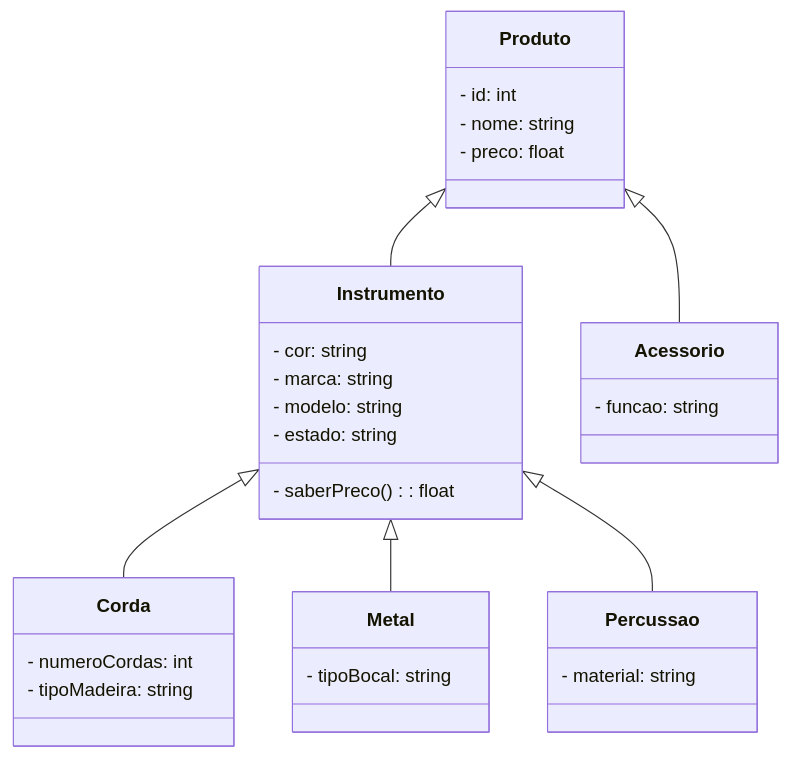
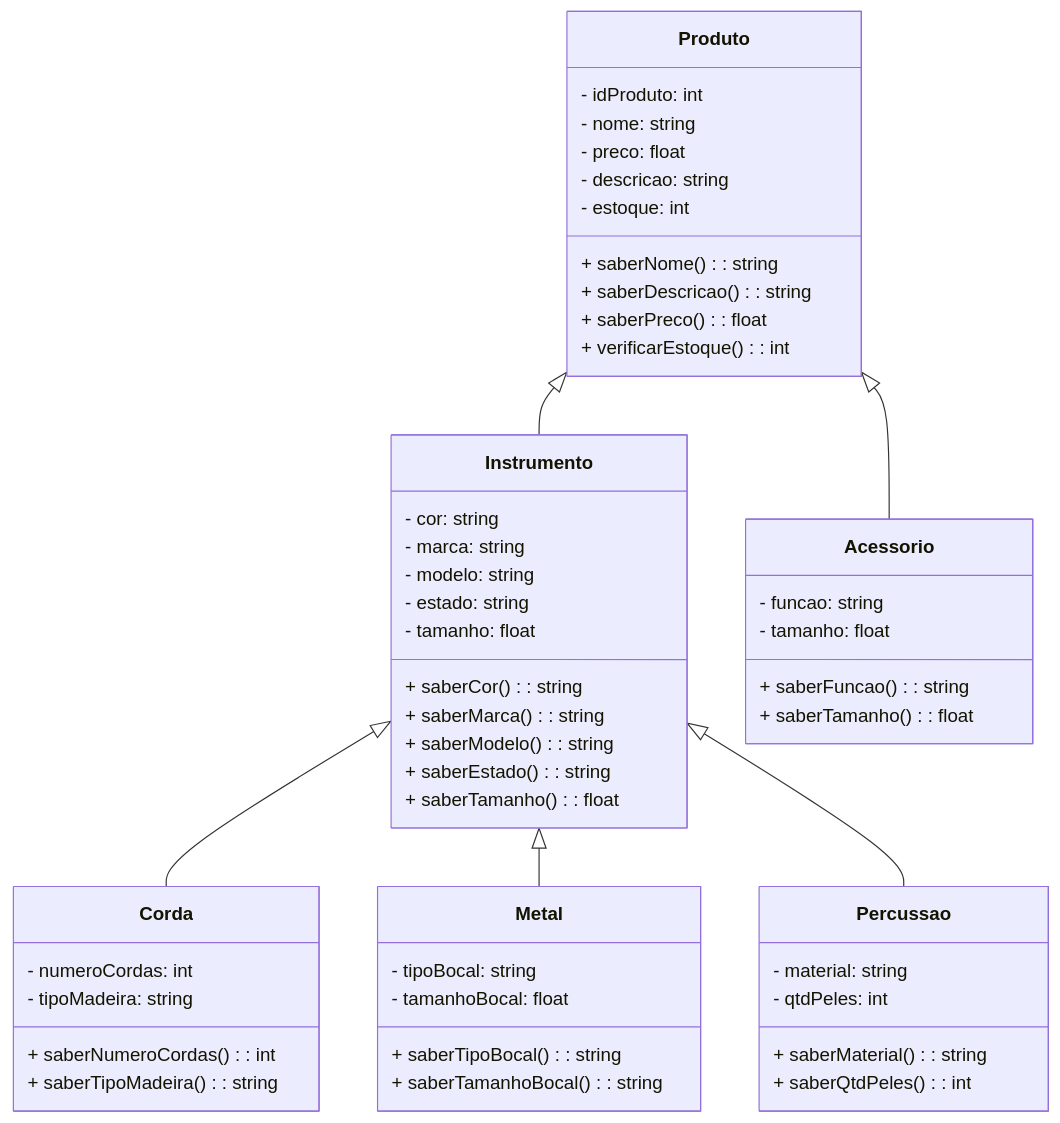
Before and after one commit to MTECHDevelopment/poojavaceub-grupo-3: the diagram in Produto.md, drawn with Mermaid.

Commit message:
Adicionando vários métodos e atributos

````diff
--- a/Produto.md
+++ b/Produto.md
@@ -1,34 +1,56 @@
 ```mermaid
 classDiagram
   class Produto {
-    - id: int
+    - idProduto: int
     - nome: string
     - preco: float
+    - descricao: string
+    - estoque: int
+    + saberNome(): string
+    + saberDescricao(): string
+    + saberPreco(): float
+    + verificarEstoque(): int
 }
   class Instrumento {
     - cor: string
     - marca: string
     - modelo: string
     - estado: string
-    - saberPreco(): float
+    - tamanho: float
+    + saberCor(): string
+    + saberMarca(): string
+    + saberModelo(): string
+    + saberEstado(): string
+    + saberTamanho(): float
 }
   class Corda {
     - numeroCordas: int
     - tipoMadeira: string
+    + saberNumeroCordas(): int
+    + saberTipoMadeira(): string
 }
   class Metal {
     - tipoBocal: string
+    - tamanhoBocal: float
+    + saberTipoBocal(): string
+    + saberTamanhoBocal(): string
 }
   class Percussao {
     - material: string
+    - qtdPeles: int
+    + saberMaterial(): string
+    + saberQtdPeles(): int
 }
   class Acessorio {
     - funcao: string
+    - tamanho: float
+    + saberFuncao(): string
+    + saberTamanho(): float
 }
 
 Produto <|-- Instrumento
 Produto <|-- Acessorio
 Instrumento <|-- Corda
 Instrumento <|-- Metal
 Instrumento <|-- Percussao
 ```
````
